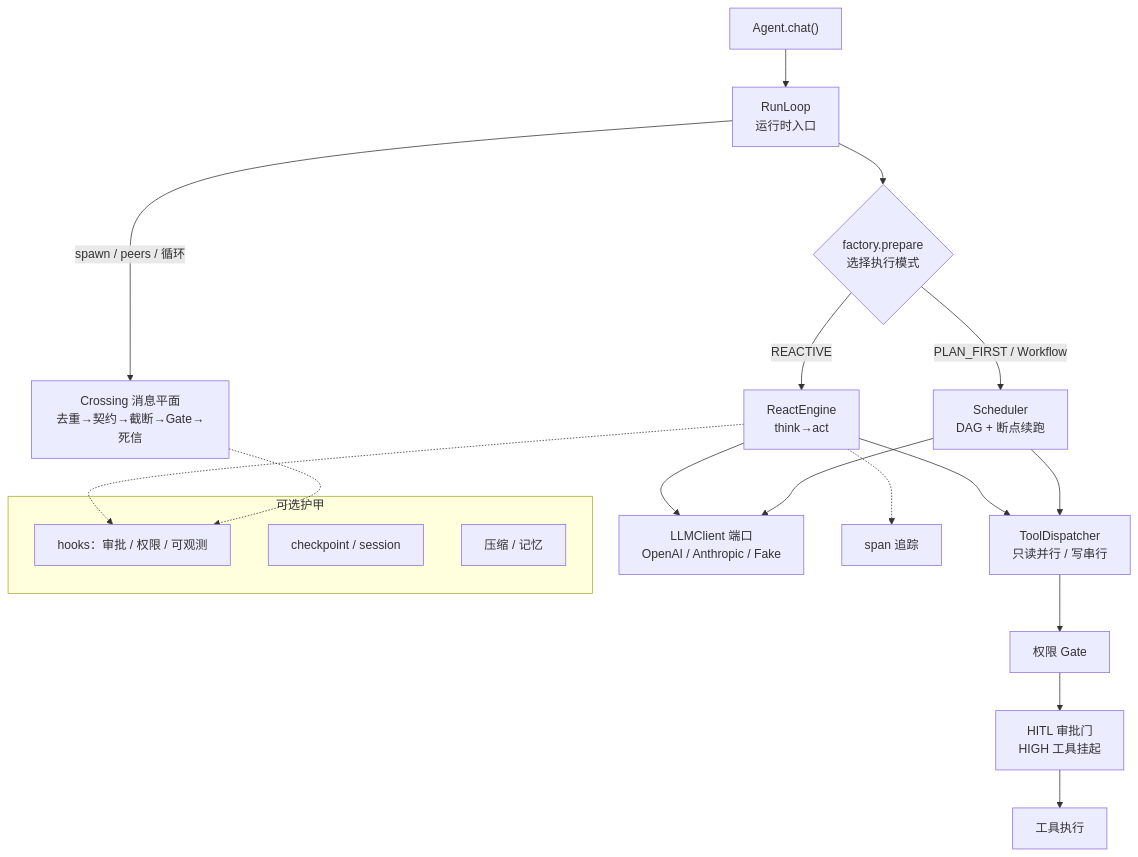
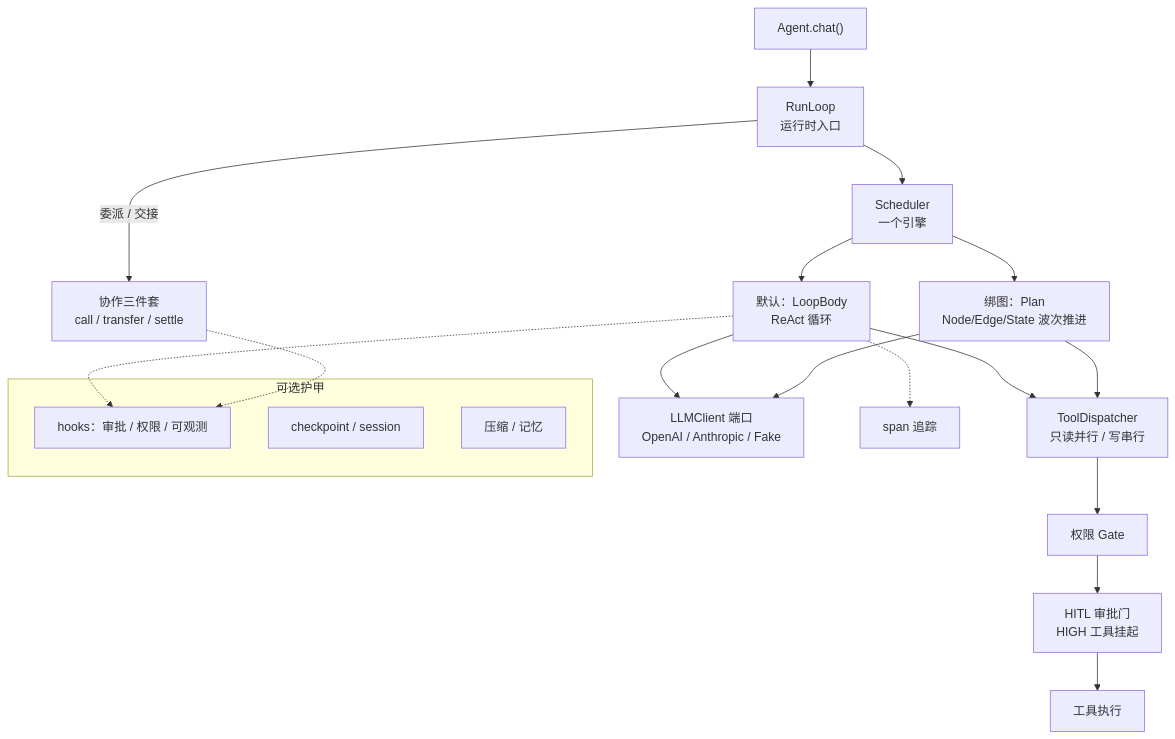
Before and after one commit to limenagent/prodagent: the fourth of 4 diagrams in docs/book/ch01.md, drawn with Mermaid. The commit also changed other lines of this file and 44 other files, not shown here.

````diff
--- a/docs/book/ch01.md
+++ b/docs/book/ch01.md
@@ -412,23 +407,23 @@
 ```mermaid
 graph TD
     A["Agent.chat()"] --> B["RunLoop<br/>运行时入口"]
-    B --> C{"factory.prepare<br/>选择执行模式"}
-    C -->|REACTIVE| D["ReactEngine<br/>think→act"]
-    C -->|PLAN_FIRST / Workflow| E["Scheduler<br/>DAG + 断点续跑"]
+    B --> C["Scheduler<br/>一个引擎"]
+    C --> D["默认：LoopBody<br/>ReAct 循环"]
+    C --> E["绑图：Plan<br/>Node/Edge/State 波次推进"]
     D --> G["ToolDispatcher<br/>只读并行 / 写串行"]
     E --> G
     G --> H["权限 Gate"]
     H --> I["HITL 审批门<br/>HIGH 工具挂起"]
     I --> J["工具执行"]
     D --> K["LLMClient 端口<br/>OpenAI / Anthropic / Fake"]
     E --> K
-    B -->|spawn / peers / 循环| L["Crossing 消息平面<br/>去重→契约→截断→Gate→死信"]
+    B -->|委派 / 交接| L["协作三件套<br/>call / transfer / settle"]
     subgraph 可选护甲
         M["hooks：审批 / 权限 / 可观测"]
         N["checkpoint / session"]
         O["压缩 / 记忆"]
     end
     D -.-> M
     L -.-> M
     D -.-> Q["span 追踪"]
 ```
````
